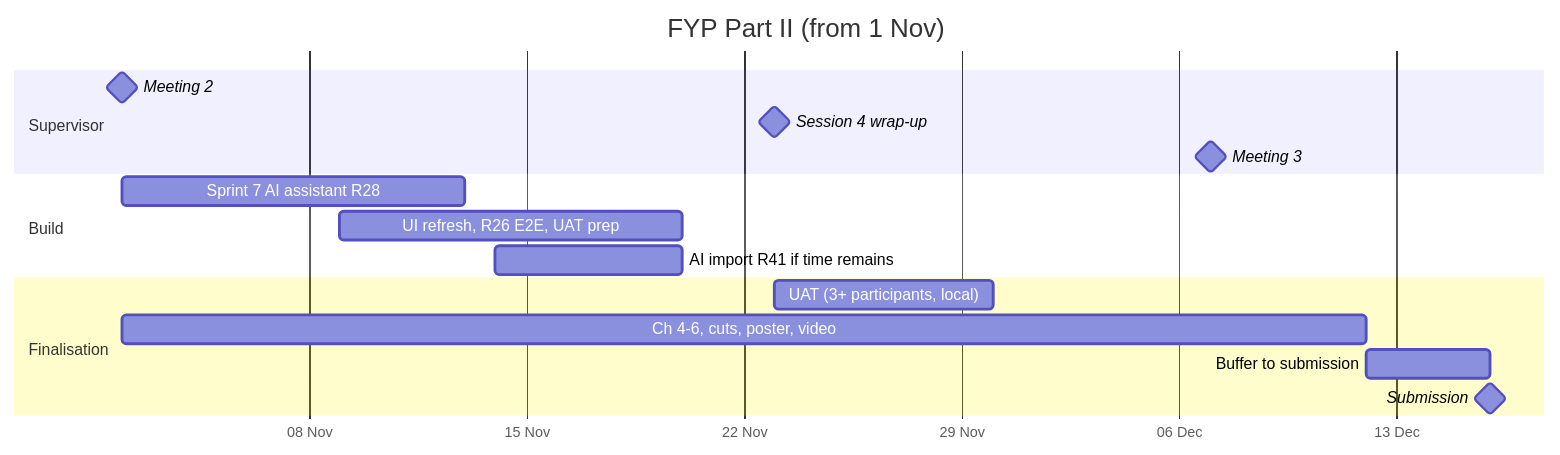
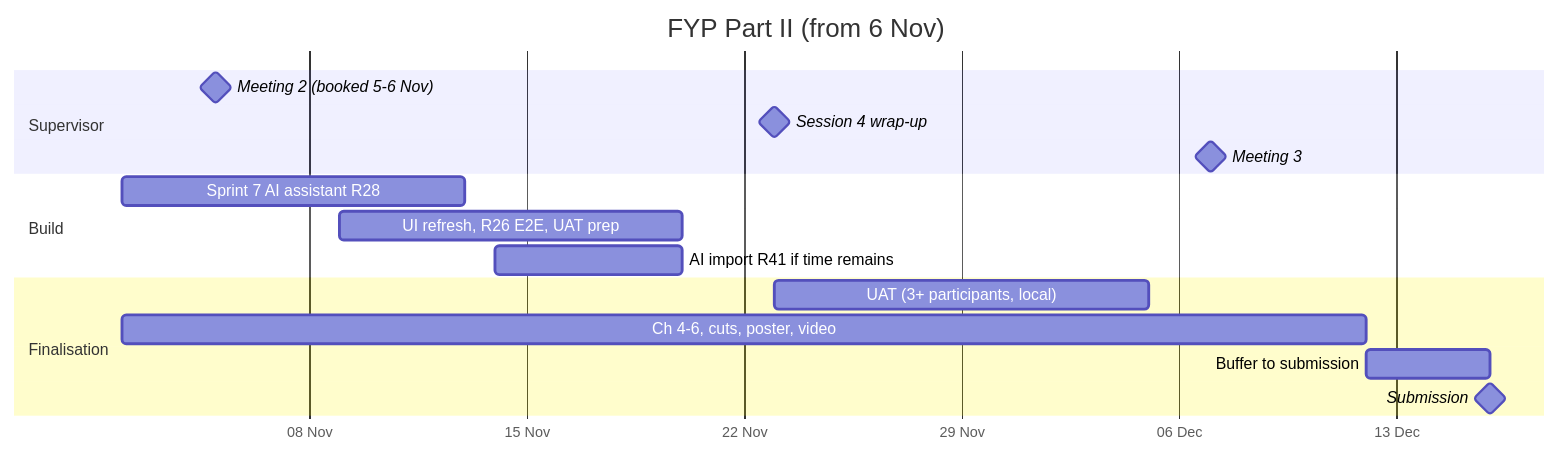
One commit to qicai14/NotaLah changed the diagram in docs/PLAN.md. Above: the diagram before and after it, drawn with Mermaid. The commit also changed other lines of this file and 6 other files, not shown here.

````diff
--- a/docs/PLAN.md
+++ b/docs/PLAN.md
@@ -15,20 +18,20 @@
 ```mermaid
 gantt
-  title FYP Part II (from 1 Nov)
+  title FYP Part II (from 6 Nov)
   dateFormat YYYY-MM-DD
   axisFormat %d %b
   todayMarker on
   section Supervisor
-  Meeting 2                      :milestone, 2026-11-02, 0d
+  Meeting 2 (booked 5-6 Nov)    :milestone, 2026-11-05, 0d
   Session 4 wrap-up              :milestone, 2026-11-23, 0d
   Meeting 3                      :milestone, 2026-12-07, 0d
   section Build
   Sprint 7 AI assistant R28      :a1, 2026-11-02, 2026-11-13
   UI refresh, R26 E2E, UAT prep  :a2, 2026-11-09, 2026-11-20
   AI import R41 if time remains  :a3, 2026-11-14, 2026-11-20
   section Finalisation
-  UAT (3+ participants, local)   :u, 2026-11-23, 2026-11-30
+  UAT (3+ participants, local)   :u, 2026-11-23, 2026-12-05
   Ch 4-6, cuts, poster, video    :f, 2026-11-02, 2026-12-12
   Buffer to submission           :b, 2026-12-12, 2026-12-16
   Submission                     :milestone, 2026-12-16, 0d
 ```
````
